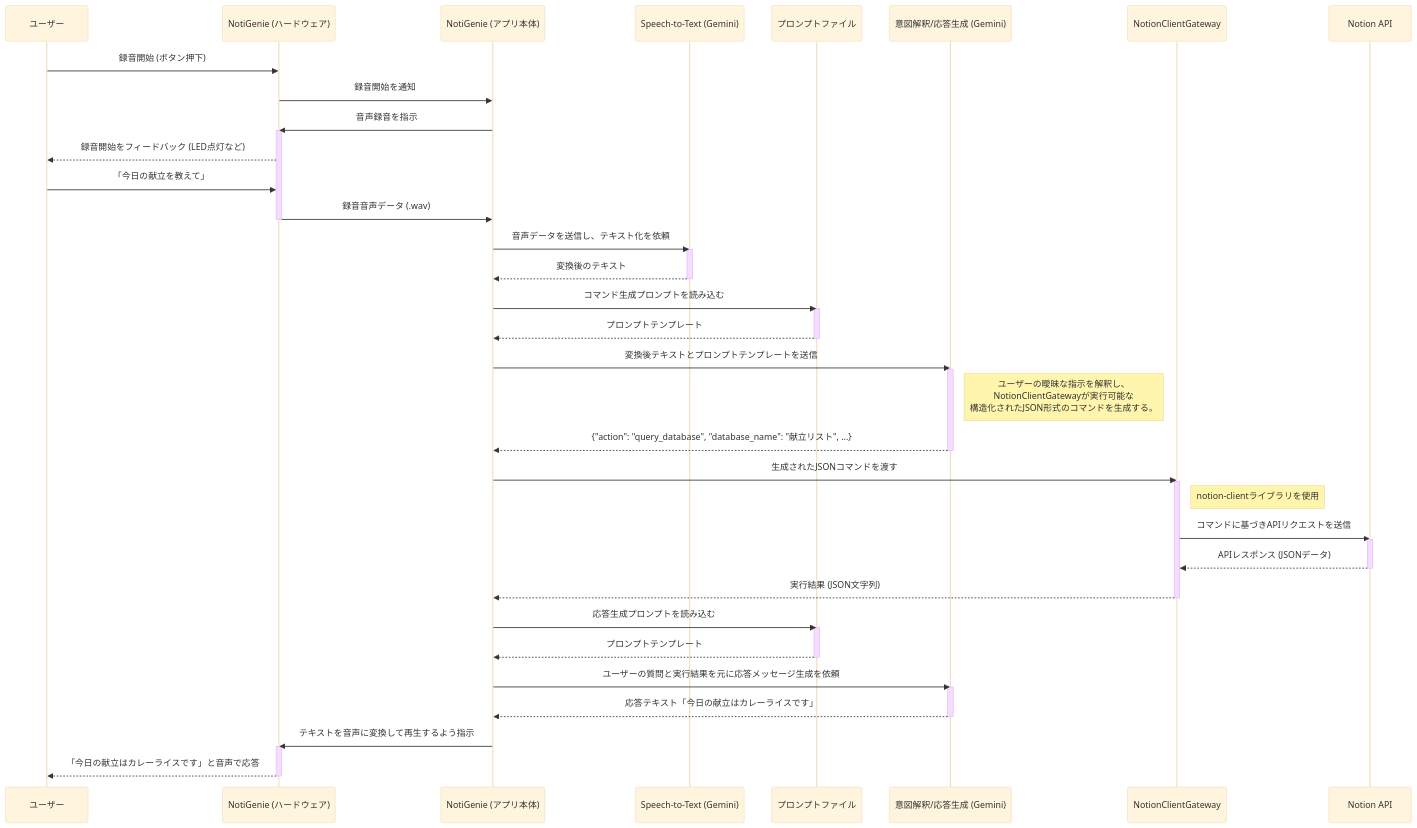
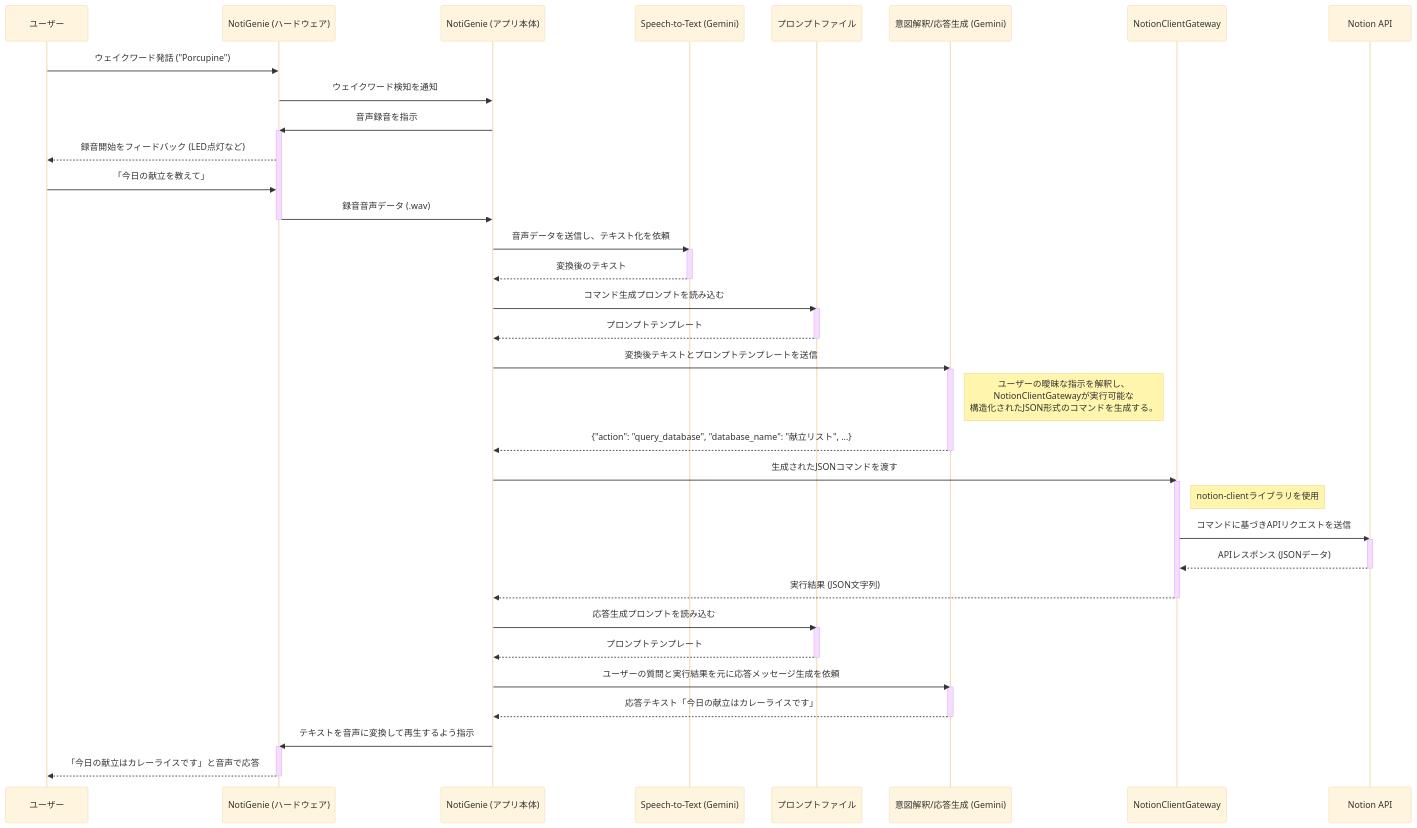
The diagram in docs/design/application_flow_design.md (t-kajimoto/NotiGenie), drawn with Mermaid (base theme) before and after one commit. The commit also changed other lines of this file and 8 other files, not shown here.

````diff
--- a/docs/design/application_flow_design.md
+++ b/docs/design/application_flow_design.md
@@ -15,65 +15,65 @@
 ```mermaid
 sequenceDiagram
     participant User as ユーザー
     participant NotiGenie_HW as NotiGenie (ハードウェア)
     participant NotiGenie_App as NotiGenie (アプリ本体)
     participant Gemini_STT as Speech-to-Text (Gemini)
     participant PromptFile as プロンプトファイル
     participant Gemini_LLM as 意図解釈/応答生成 (Gemini)
     participant NotionClientGW as NotionClientGateway
     participant NotionAPI as Notion API
 
-    %% 1. 録音開始から音声テキスト化まで %%
-    User->>NotiGenie_HW: 録音開始 (ボタン押下)
-    NotiGenie_HW->>NotiGenie_App: 録音開始を通知
+    %% 1. ウェイクワード検知から音声テキスト化まで %%
+    User->>NotiGenie_HW: ウェイクワード発話 ("Porcupine")
+    NotiGenie_HW->>NotiGenie_App: ウェイクワード検知を通知
     NotiGenie_App->>NotiGenie_HW: 音声録音を指示
     activate NotiGenie_HW
     NotiGenie_HW-->>User: 録音開始をフィードバック (LED点灯など)
     User->>NotiGenie_HW: 「今日の献立を教えて」
     NotiGenie_HW->>NotiGenie_App: 録音音声データ (.wav)
     deactivate NotiGenie_HW
 
     NotiGenie_App->>Gemini_STT: 音声データを送信し、テキスト化を依頼
     activate Gemini_STT
     Gemini_STT-->>NotiGenie_App: 変換後のテキスト
     deactivate Gemini_STT
 
     %% 2. 意図解釈とNotion操作コマンド生成 %%
     NotiGenie_App->>PromptFile: コマンド生成プロンプトを読み込む
     activate PromptFile
     PromptFile-->>NotiGenie_App: プロンプトテンプレート
     deactivate PromptFile
 
     NotiGenie_App->>Gemini_LLM: 変換後テキストとプロンプトテンプレートを送信
     activate Gemini_LLM
     note right of Gemini_LLM: ユーザーの曖昧な指示を解釈し、<br/>NotionClientGatewayが実行可能な<br/>構造化されたJSON形式のコマンドを生成する。
     Gemini_LLM-->>NotiGenie_App: {"action": "query_database", "database_name": "献立リスト", ...}
     deactivate Gemini_LLM
 
     %% 3. Notion操作の実行 %%
     NotiGenie_App->>NotionClientGW: 生成されたJSONコマンドを渡す
     activate NotionClientGW
     note right of NotionClientGW: notion-clientライブラリを使用
     NotionClientGW->>NotionAPI: コマンドに基づきAPIリクエストを送信
     activate NotionAPI
     NotionAPI-->>NotionClientGW: APIレスポンス (JSONデータ)
     deactivate NotionAPI
     NotionClientGW-->>NotiGenie_App: 実行結果 (JSON文字列)
     deactivate NotionClientGW
 
     %% 4. ユーザーへのフィードバック %%
     NotiGenie_App->>PromptFile: 応答生成プロンプトを読み込む
     activate PromptFile
     PromptFile-->>NotiGenie_App: プロンプトテンプレート
     deactivate PromptFile
 
     NotiGenie_App->>Gemini_LLM: ユーザーの質問と実行結果を元に応答メッセージ生成を依頼
     activate Gemini_LLM
     Gemini_LLM-->>NotiGenie_App: 応答テキスト「今日の献立はカレーライスです」
     deactivate Gemini_LLM
 
     NotiGenie_App->>NotiGenie_HW: テキストを音声に変換して再生するよう指示
     activate NotiGenie_HW
     NotiGenie_HW-->>User: 「今日の献立はカレーライスです」と音声で応答
     deactivate NotiGenie_HW
 ```
````
